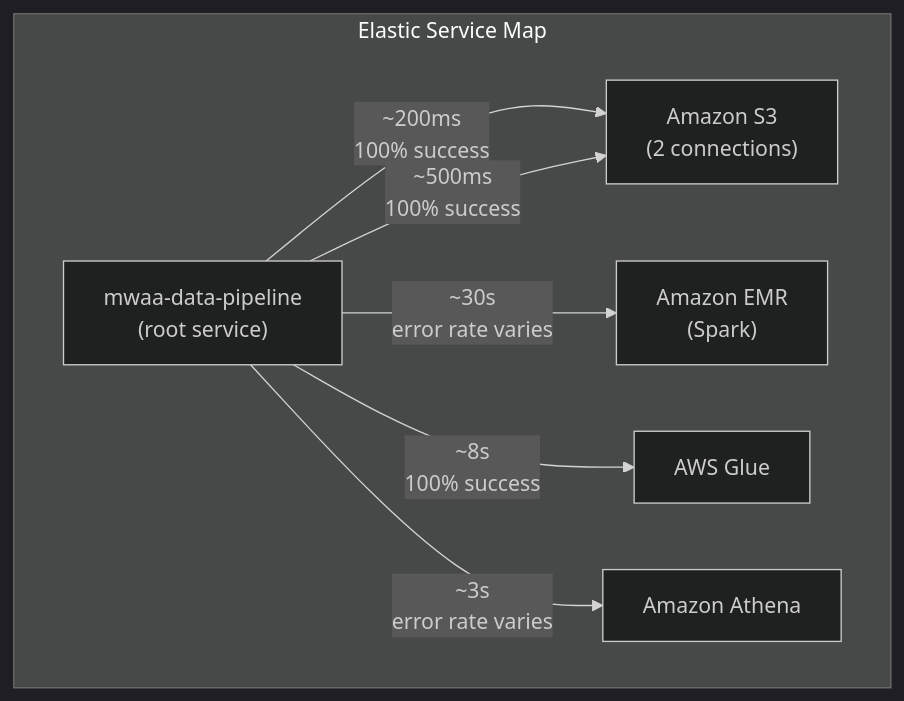
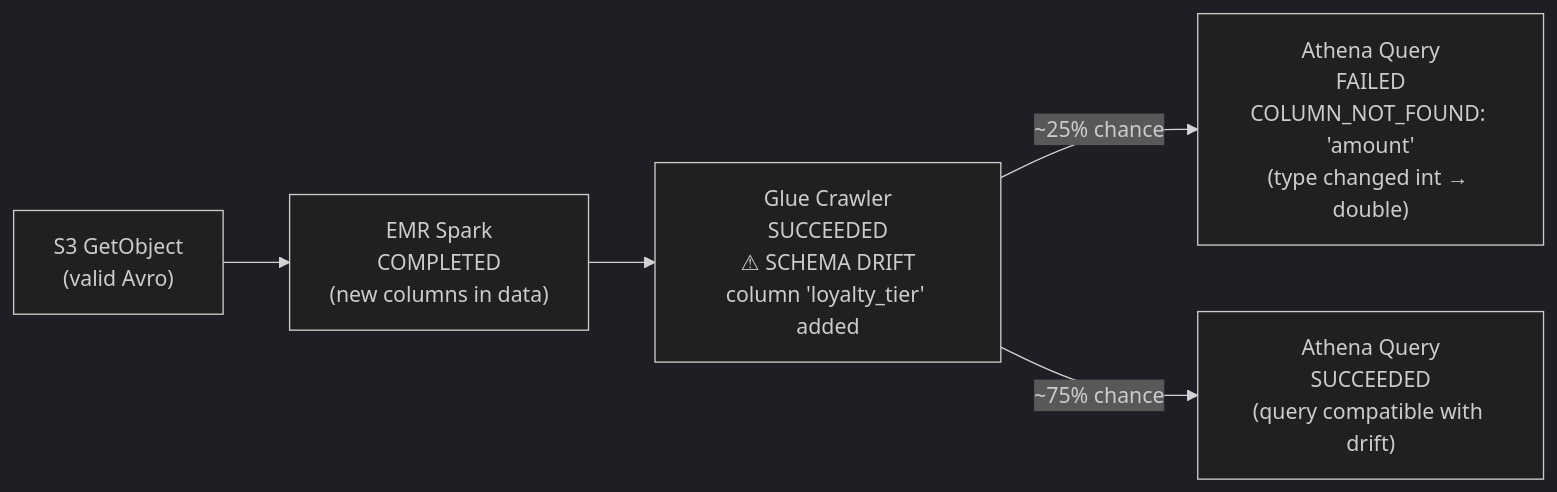
One commit to rkernutt/cloud-to-elastic-load-generator changed the third of 3 diagrams in docs/chained-events/data-analytics-pipeline.md. Above: the diagram before and after it, drawn with Mermaid (dark theme). The commit also changed other lines of this file and 1684 other files, not shown here.

````diff
--- a/docs/chained-events/data-analytics-pipeline.md
+++ b/docs/chained-events/data-analytics-pipeline.md
@@ -238,16 +175,12 @@
 ```mermaid
-flowchart TD
-    subgraph serviceMap ["Elastic Service Map"]
-        MWAA["mwaa-data-pipeline\n(root service)"]
-        S3svc["Amazon S3\n(2 connections)"]
-        EMRsvc["Amazon EMR\n(Spark)"]
-        Gluesvc["AWS Glue"]
-        Athenasvc["Amazon Athena"]
+flowchart LR
+    S3ok["S3 GetObject\n(valid Avro)"]
+    EMRok["EMR Spark\nCOMPLETED\n(new columns in data)"]
+    GlueDrift["Glue Crawler\nSUCCEEDED\n⚠ SCHEMA DRIFT\ncolumn 'loyalty_tier' added"]
+    AthenaFail["Athena Query\nFAILED\nCOLUMN_NOT_FOUND: 'amount'\n(type changed int → double)"]
+    AthenaOK["Athena Query\nSUCCEEDED\n(query compatible with drift)"]
 
-        MWAA -->|"~200ms\n100% success"| S3svc
-        MWAA -->|"~30s\nerror rate varies"| EMRsvc
-        MWAA -->|"~500ms\n100% success"| S3svc
-        MWAA -->|"~8s\n100% success"| Gluesvc
-        MWAA -->|"~3s\nerror rate varies"| Athenasvc
-    end
+    S3ok --> EMRok --> GlueDrift
+    GlueDrift -->|"~25% chance"| AthenaFail
+    GlueDrift -->|"~75% chance"| AthenaOK
 ```
````
